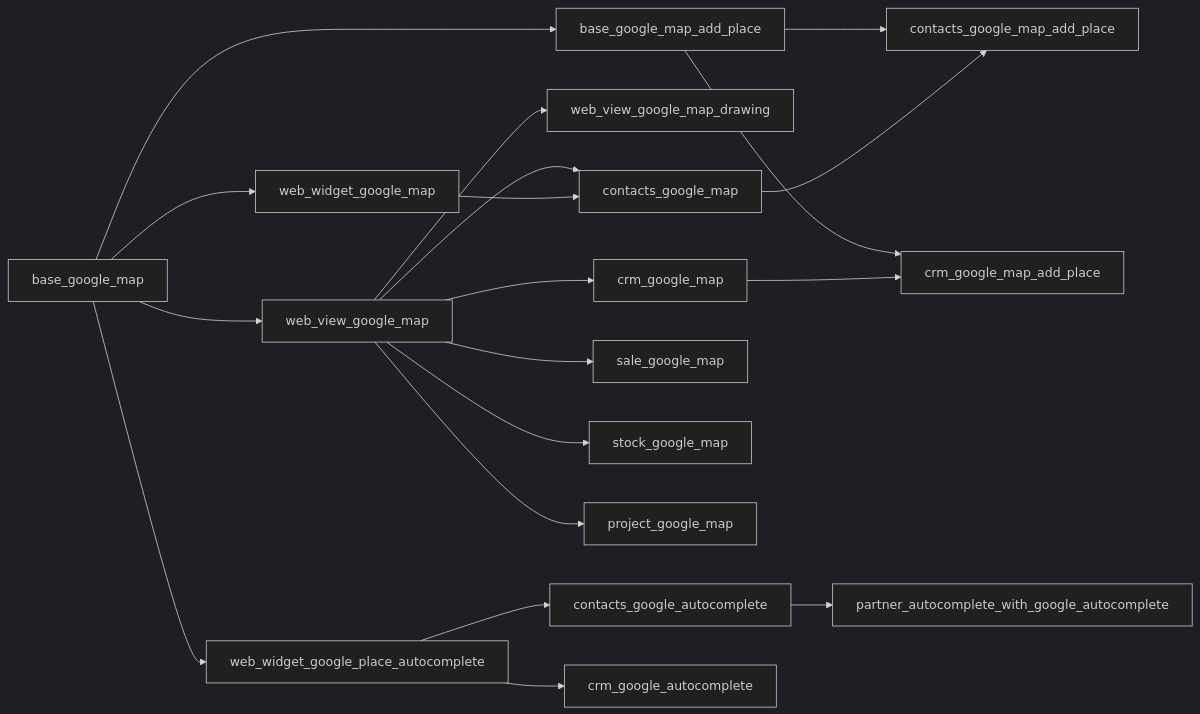
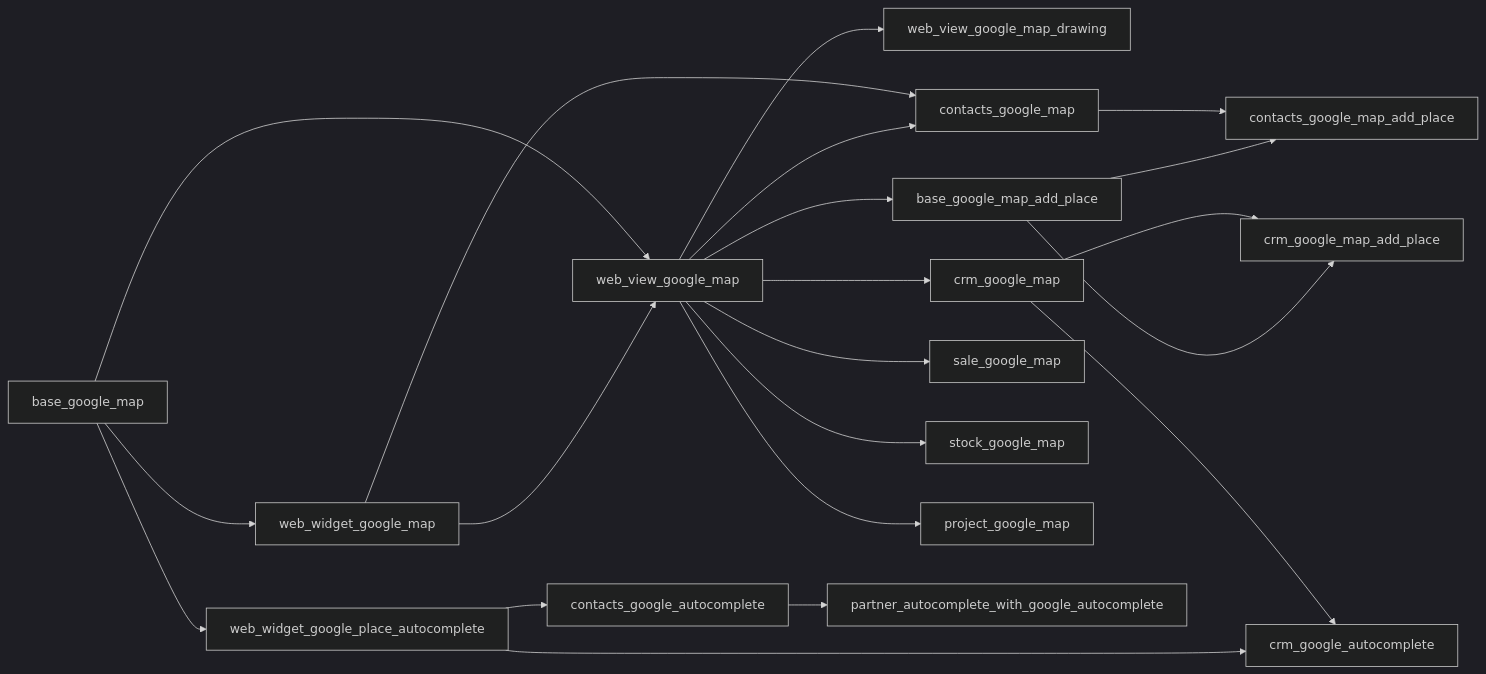
Before and after one commit to mithnusa/odoo-google-maps: the diagram in README.md, drawn with Mermaid (dark theme). The commit also changed other lines of this file, not shown here.

First line of the commit message:
Update README with dependency graph, badges, and License section (#172)

````diff
--- a/README.md
+++ b/README.md
@@ -53,27 +54,31 @@
 ```mermaid
 graph LR
-    base_google_map --> web_view_google_map
     base_google_map --> web_widget_google_map
     base_google_map --> web_widget_google_place_autocomplete
-    base_google_map --> base_google_map_add_place
+
+    web_widget_google_map --> web_view_google_map
+    base_google_map --> web_view_google_map
 
     web_view_google_map --> web_view_google_map_drawing
+    web_view_google_map --> base_google_map_add_place
     web_view_google_map --> contacts_google_map
     web_view_google_map --> crm_google_map
     web_view_google_map --> sale_google_map
     web_view_google_map --> stock_google_map
     web_view_google_map --> project_google_map
 
     web_widget_google_map --> contacts_google_map
 
     web_widget_google_place_autocomplete --> contacts_google_autocomplete
     web_widget_google_place_autocomplete --> crm_google_autocomplete
 
+    crm_google_map --> crm_google_autocomplete
+
     contacts_google_autocomplete --> partner_autocomplete_with_google_autocomplete
 
     base_google_map_add_place --> contacts_google_map_add_place
     base_google_map_add_place --> crm_google_map_add_place
 
     contacts_google_map --> contacts_google_map_add_place
     crm_google_map --> crm_google_map_add_place
 ```
````
